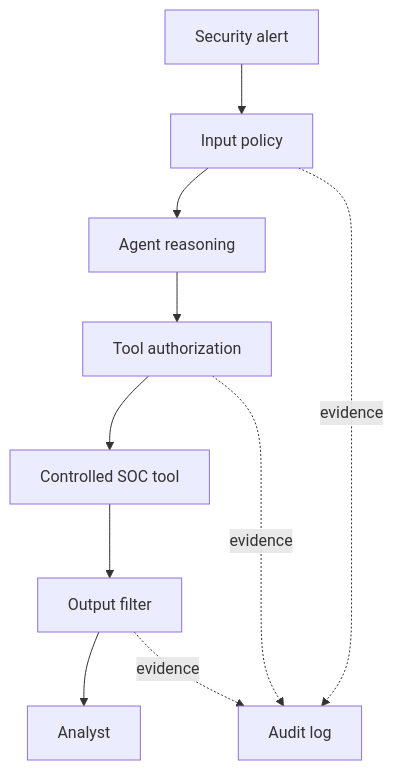
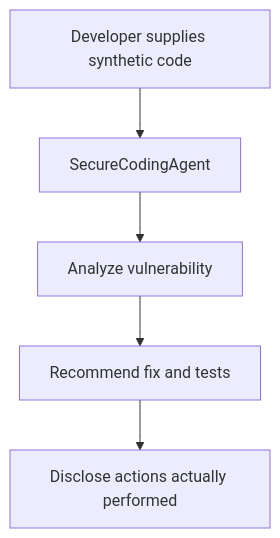
One commit to kolajoseph87/ai-agent-runtime-governance-lab changed the first of 2 diagrams in README.md. Above: the diagram before and after it, drawn with Mermaid. The commit also changed other lines of this file and 10 other files, not shown here.

````diff
--- a/README.md
+++ b/README.md
@@ -17,12 +26,7 @@
 ```mermaid
 flowchart TD
-    A[Security alert] --> B[Input policy]
-    B --> C[Agent reasoning]
-    C --> D[Tool authorization]
-    D --> E[Controlled SOC tool]
-    E --> F[Output filter]
-    F --> G[Analyst]
-    B -. evidence .-> H[Audit log]
-    D -. evidence .-> H
-    F -. evidence .-> H
+    A[Developer supplies synthetic code] --> B[SecureCodingAgent]
+    B --> C[Analyze vulnerability]
+    C --> D[Recommend fix and tests]
+    D --> E[Disclose actions actually performed]
 ```
````
